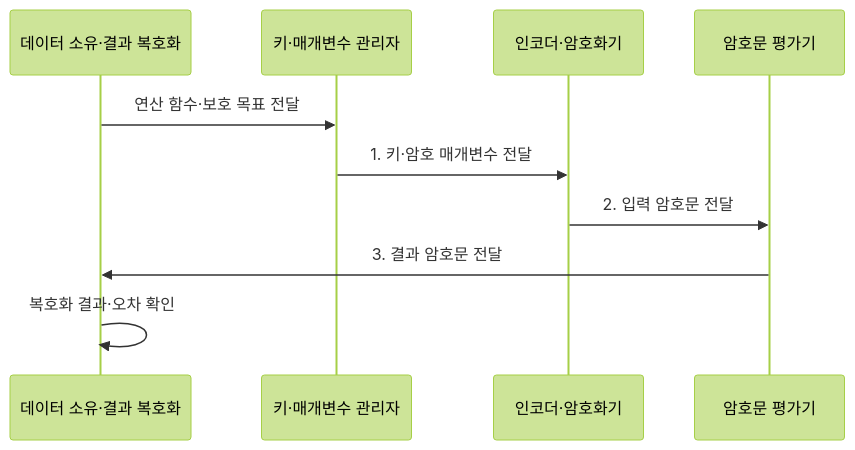
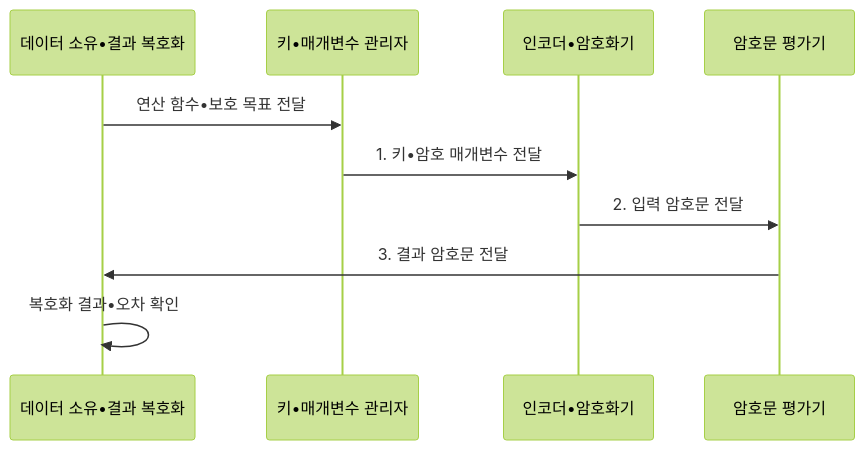
The second of 2 diagrams in src/content/docs/notes/08-latest-tech/114_homomorphic_encryption.md (agnusdei1207/knowledge-base), drawn with Mermaid (forest theme) before and after one commit. The commit also changed other lines of this file and 953 other files, not shown here.

````diff
--- a/src/content/docs/notes/08-latest-tech/114_homomorphic_encryption.md
+++ b/src/content/docs/notes/08-latest-tech/114_homomorphic_encryption.md
@@ -101,12 +101,12 @@
 ```mermaid
 sequenceDiagram
-    participant O as 데이터 소유·결과 복호화
-    participant K as 키·매개변수 관리자
-    participant E as 인코더·암호화기
+    participant O as 데이터 소유•결과 복호화
+    participant K as 키•매개변수 관리자
+    participant E as 인코더•암호화기
     participant C as 암호문 평가기
-    O->>K: 연산 함수·보호 목표 전달
-    K->>E: 1. 키·암호 매개변수 전달
+    O->>K: 연산 함수•보호 목표 전달
+    K->>E: 1. 키•암호 매개변수 전달
     E->>C: 2. 입력 암호문 전달
     C->>O: 3. 결과 암호문 전달
-    O->>O: 복호화 결과·오차 확인
+    O->>O: 복호화 결과•오차 확인
 ```
````
